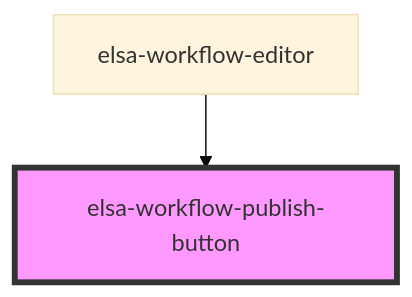
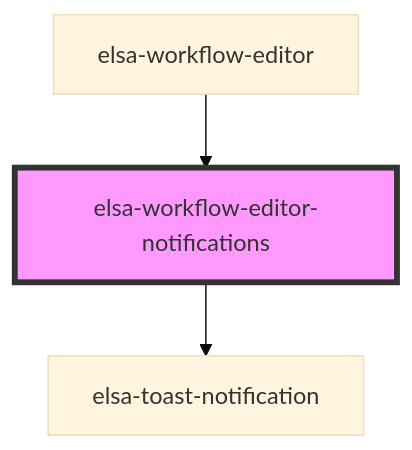
One commit to elsa-workflows/elsa-core changed the diagram in src/designer/elsa-workflows-studio/src/components/editors/workflow-editor/elsa-workflow-editor-notifications/readme.md. Above: the diagram before and after it, drawn with Mermaid (base theme). The commit also changed other lines of this file and 18 other files, not shown here.

````diff
--- a/src/designer/elsa-workflows-studio/src/components/editors/workflow-editor/elsa-workflow-editor-notifications/readme.md
+++ b/src/designer/elsa-workflows-studio/src/components/editors/workflow-editor/elsa-workflow-editor-notifications/readme.md
@@ -22,5 +19,6 @@
 ```mermaid
 graph TD;
-  elsa-workflow-editor --> elsa-workflow-publish-button
-  style elsa-workflow-publish-button fill:#f9f,stroke:#333,stroke-width:4px
+  elsa-workflow-editor-notifications --> elsa-toast-notification
+  elsa-workflow-editor --> elsa-workflow-editor-notifications
+  style elsa-workflow-editor-notifications fill:#f9f,stroke:#333,stroke-width:4px
 ```
````
